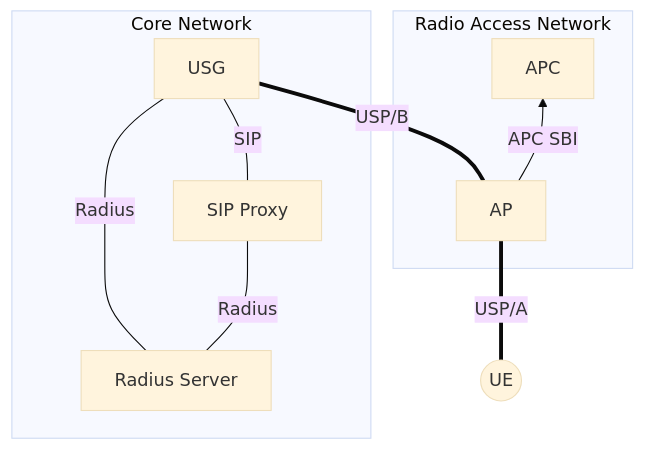
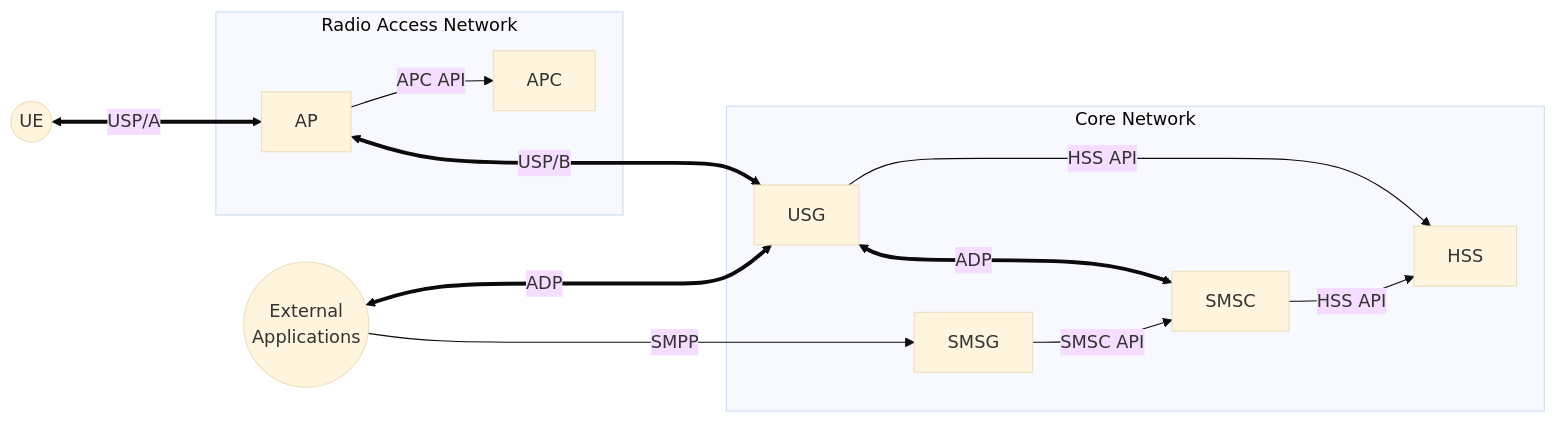
The diagram in docs/architecture.md (samuelh2005/cc-telecom), drawn with Mermaid (base theme) before and after one commit. The commit also changed other lines of this file, not shown here.

Commit message:
docs: introduce SMSC and HSS with ADP and SMPP, remove SIP and Radius

````diff
--- a/docs/architecture.md
+++ b/docs/architecture.md
@@ -19,24 +19,29 @@
 ```mermaid
-flowchart BT
+flowchart LR
     UE((UE))
+    EA(("External\nApplications"))
 
     subgraph "Radio Access Network"
         AP[AP]
         APC[APC]
 
-        AP --> |"APC SBI"| APC
+        AP --> |"APC API"| APC
     end
 
     subgraph "Core Network"
-        RS["Radius Server"]
-        SIP["SIP Proxy"]
+        HSS["HSS"]
+        SMSC[SMSC]
         USG[USG]
-        
-        RS --- |"Radius"| USG
-        RS --- |"Radius"| SIP
-        SIP --- |"SIP"| USG
+        SMSG[SMSG]
+
+        USG --> |"HSS API"| HSS
+        SMSC --> |"HSS API"| HSS
+        SMSG --> |"SMSC API"| SMSC
+        USG <===> |"ADP"| SMSC
     end
     
-    AP === |"USP/B"| USG
-    UE === |"USP/A"| AP
+    AP <===> |"USP/B"| USG
+    UE <===> |"USP/A"| AP
+    EA <===> |"ADP"| USG
+    EA --> |"SMPP"| SMSG
 ```
````
